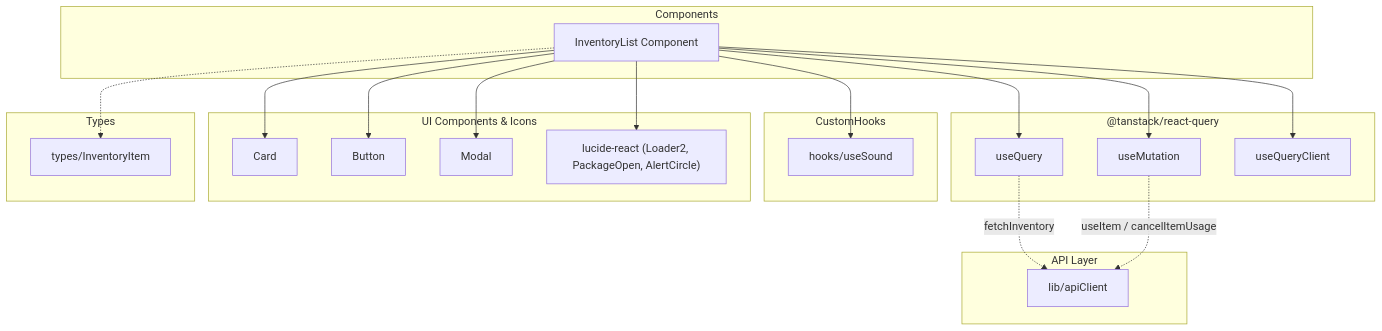
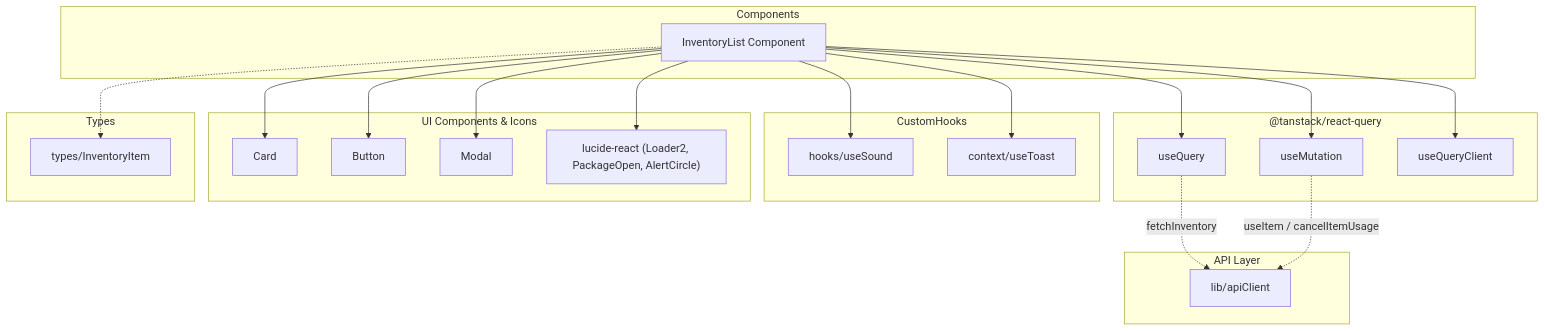
Before and after one commit to mmtigers/my_python_project: the second of 2 diagrams in docs/specifications/family-quest/src/features/shop/components/InventoryList.md, drawn with Mermaid. The commit also changed other lines of this file and 18 other files, not shown here.

````diff
--- a/docs/specifications/family-quest/src/features/shop/components/InventoryList.md
+++ b/docs/specifications/family-quest/src/features/shop/components/InventoryList.md
@@ -128,45 +155,47 @@
 ```mermaid
 graph TD
     subgraph Components
         InventoryList["InventoryList Component"]
     end
 
     subgraph ReactQuery ["@tanstack/react-query"]
         useQuery["useQuery"]
         useMutation["useMutation"]
         useQueryClient["useQueryClient"]
     end
 
     subgraph CustomHooks
         useSoundHook["hooks/useSound"]
+        useToastHook["context/useToast"]
     end
 
     subgraph UI ["UI Components & Icons"]
         Card["Card"]
         Button["Button"]
         Modal["Modal"]
         Lucide["lucide-react (Loader2, PackageOpen, AlertCircle)"]
     end
 
     subgraph ExternalAPI ["API Layer"]
         apiClient["lib/apiClient"]
     end
 
     subgraph Types
         InventoryItem["types/InventoryItem"]
     end
 
     InventoryList --> useQuery
     InventoryList --> useMutation
     InventoryList --> useQueryClient
     InventoryList --> useSoundHook
+    InventoryList --> useToastHook
     InventoryList --> Card
     InventoryList --> Button
     InventoryList --> Modal
     InventoryList --> Lucide
     InventoryList -.-> InventoryItem
 
     useQuery -.->|fetchInventory| apiClient
     useMutation -.->|useItem / cancelItemUsage| apiClient
 
 ```
````
